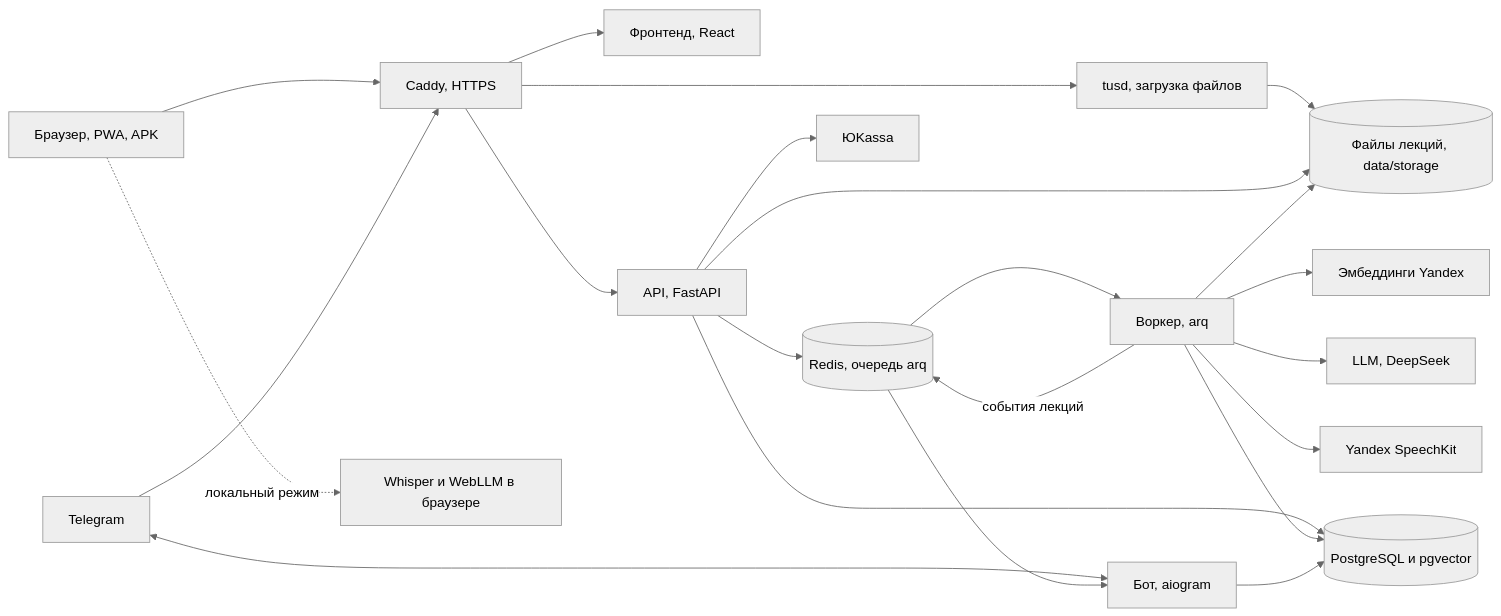
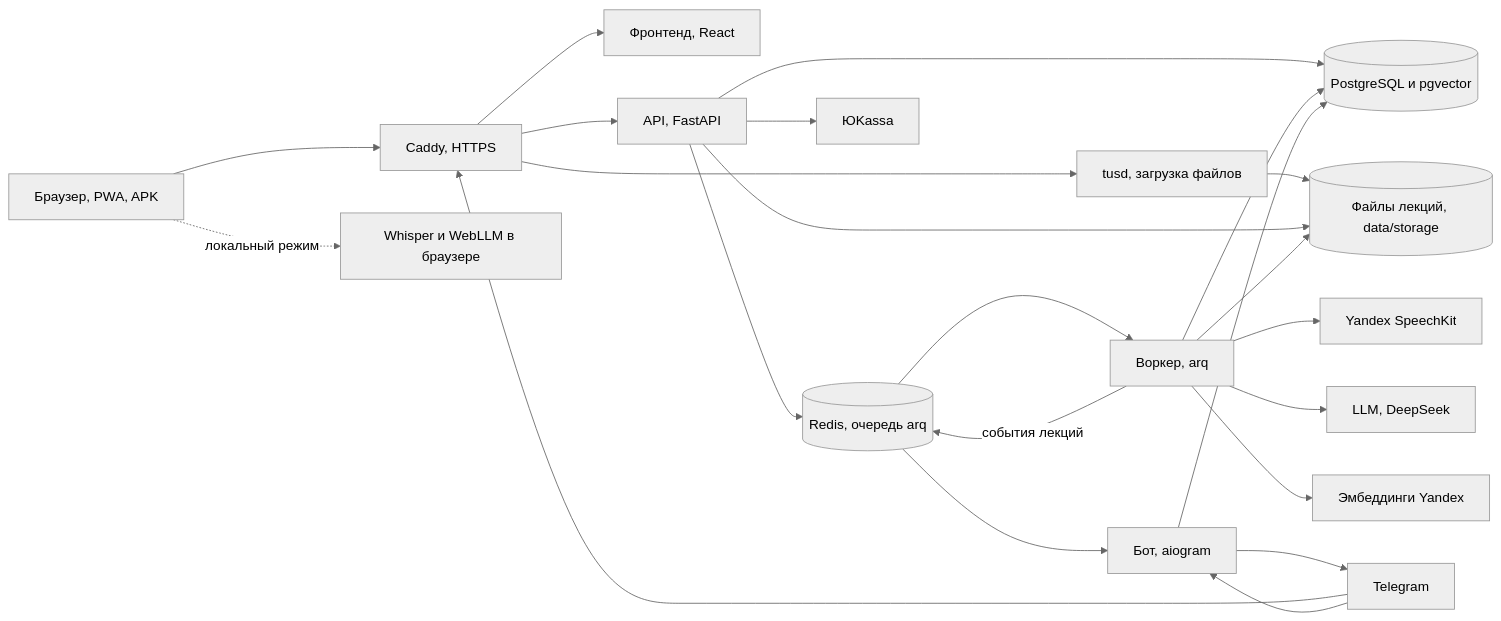
The diagram in README.md (DedAlexevich/Lecturo), drawn with Mermaid (neutral theme) before and after one commit. The commit also changed 1 other file, not shown here.

Commit message:
docs(readme): упростить связи на схеме архитектуры

````diff
--- a/README.md
+++ b/README.md
@@ -71,24 +71,25 @@
 ```mermaid
 flowchart LR
     user["Браузер, PWA, APK"] --> caddy["Caddy, HTTPS"]
     tg["Telegram"] --> caddy
-    tg <--> bot["Бот, aiogram"]
+    tg --> bot["Бот, aiogram"]
     caddy --> front["Фронтенд, React"]
     caddy --> api["API, FastAPI"]
     caddy --> tusd["tusd, загрузка файлов"]
     tusd --> files[("Файлы лекций, data/storage")]
     api --> db[("PostgreSQL и pgvector")]
     api --> redis[("Redis, очередь arq")]
     api --> files
     api --> yookassa["ЮKassa"]
     redis --> worker["Воркер, arq"]
     worker --> db
     worker --> files
     worker --> stt["Yandex SpeechKit"]
     worker --> llm["LLM, DeepSeek"]
     worker --> emb["Эмбеддинги Yandex"]
-    worker -- "события лекций" --> redis
+    worker -->|события лекций| redis
     redis --> bot
+    bot --> tg
     bot --> db
-    user -. "локальный режим" .-> local["Whisper и WebLLM в браузере"]
+    user -.->|локальный режим| local["Whisper и WebLLM в браузере"]
 ```
````
